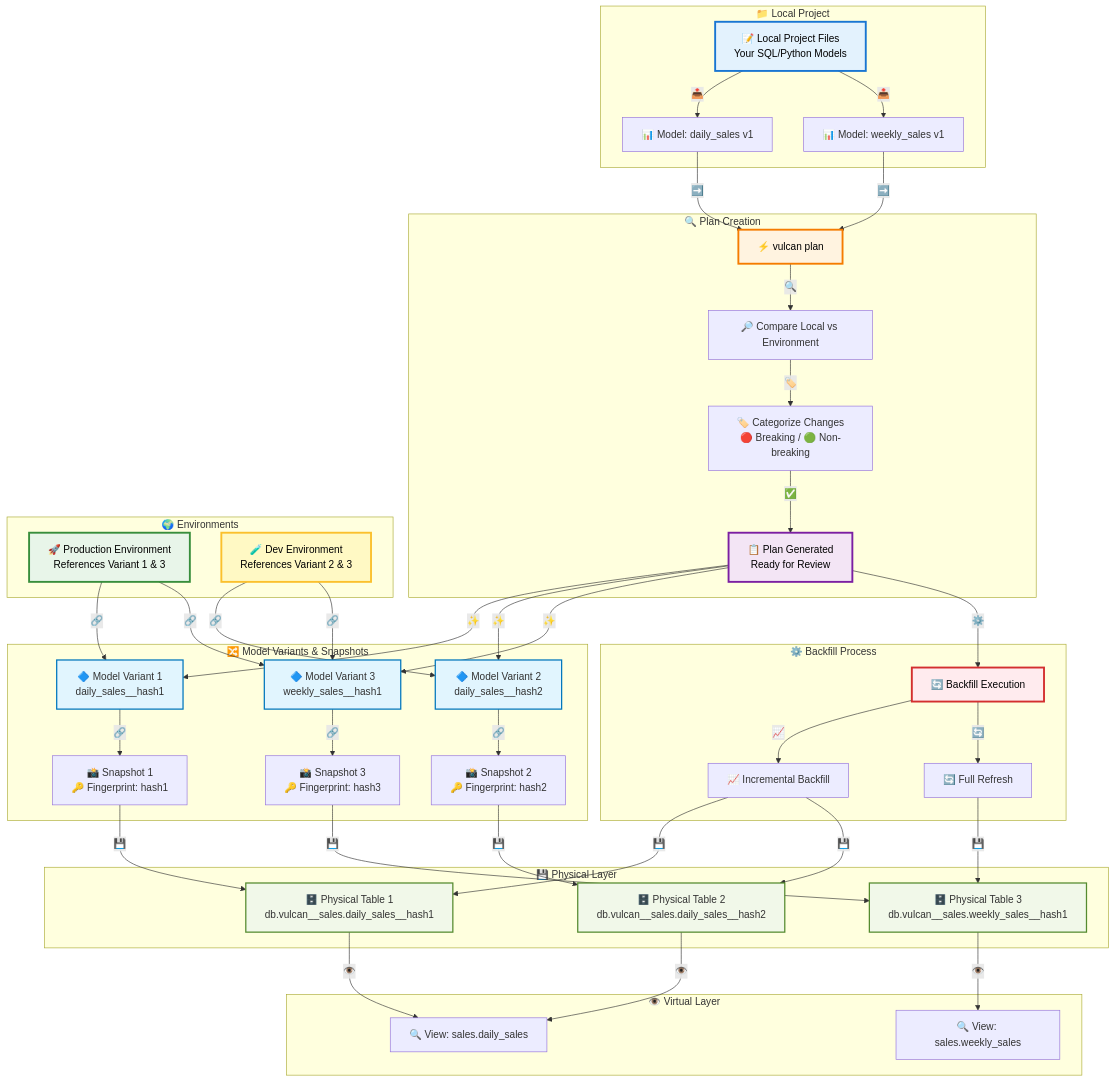
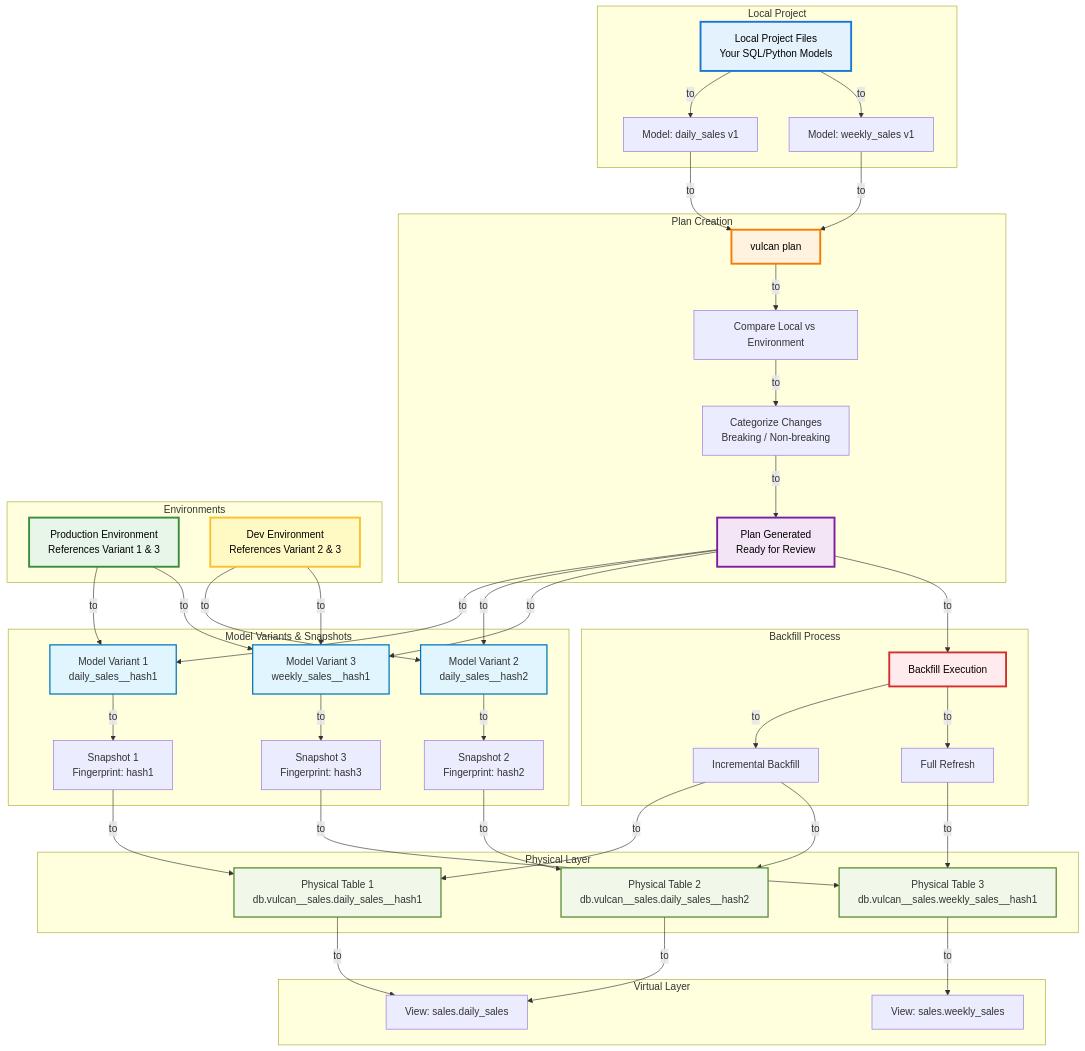
One commit to tmdc-io/vulcan-book changed the diagram in docs/guides/plan.md. Above: the diagram before and after it, drawn with Mermaid. The commit also changed 6 other files, not shown here.

Commit message:
updated mermaid diagrams to remove emojis, commented out the old plan guide o have only the new 2.0 plan guide

````diff
--- a/docs/guides/plan.md
+++ b/docs/guides/plan.md
@@ -9,83 +9,83 @@
 ```mermaid
 graph TB
-    subgraph "📁 Local Project"
-        LP[📝 Local Project Files<br/>Your SQL/Python Models]
-        M1[📊 Model: daily_sales v1]
-        M2[📊 Model: weekly_sales v1]
+    subgraph "Local Project"
+        LP[Local Project Files<br/>Your SQL/Python Models]
+        M1[Model: daily_sales v1]
+        M2[Model: weekly_sales v1]
     end
 
-    subgraph "🔍 Plan Creation"
-        PC[⚡ vulcan plan]
-        COMP[🔎 Compare Local vs Environment]
-        CAT[🏷️ Categorize Changes<br/>🔴 Breaking / 🟢 Non-breaking]
-        PLAN[📋 Plan Generated<br/>Ready for Review]
+    subgraph "Plan Creation"
+        PC[vulcan plan]
+        COMP[Compare Local vs Environment]
+        CAT[Categorize Changes<br/>Breaking / Non-breaking]
+        PLAN[Plan Generated<br/>Ready for Review]
     end
 
-    subgraph "🔀 Model Variants & Snapshots"
-        MV1[🔷 Model Variant 1<br/>daily_sales__hash1]
-        MV2[🔷 Model Variant 2<br/>daily_sales__hash2]
-        MV3[🔷 Model Variant 3<br/>weekly_sales__hash1]
-        SNAP1[📸 Snapshot 1<br/>🔑 Fingerprint: hash1]
-        SNAP2[📸 Snapshot 2<br/>🔑 Fingerprint: hash2]
-        SNAP3[📸 Snapshot 3<br/>🔑 Fingerprint: hash3]
+    subgraph "Model Variants & Snapshots"
+        MV1[Model Variant 1<br/>daily_sales__hash1]
+        MV2[Model Variant 2<br/>daily_sales__hash2]
+        MV3[Model Variant 3<br/>weekly_sales__hash1]
+        SNAP1[Snapshot 1<br/>Fingerprint: hash1]
+        SNAP2[Snapshot 2<br/>Fingerprint: hash2]
+        SNAP3[Snapshot 3<br/>Fingerprint: hash3]
     end
 
-    subgraph "💾 Physical Layer"
-        PT1[🗄️ Physical Table 1<br/>db.vulcan__sales.daily_sales__hash1]
-        PT2[🗄️ Physical Table 2<br/>db.vulcan__sales.daily_sales__hash2]
-        PT3[🗄️ Physical Table 3<br/>db.vulcan__sales.weekly_sales__hash1]
+    subgraph "Physical Layer"
+        PT1[Physical Table 1<br/>db.vulcan__sales.daily_sales__hash1]
+        PT2[Physical Table 2<br/>db.vulcan__sales.daily_sales__hash2]
+        PT3[Physical Table 3<br/>db.vulcan__sales.weekly_sales__hash1]
     end
 
-    subgraph "👁️ Virtual Layer"
-        VL1[🔍 View: sales.daily_sales]
-        VL2[🔍 View: sales.weekly_sales]
+    subgraph "Virtual Layer"
+        VL1[View: sales.daily_sales]
+        VL2[View: sales.weekly_sales]
     end
 
-    subgraph "🌍 Environments"
-        PROD[🚀 Production Environment<br/>References Variant 1 & 3]
-        DEV[🧪 Dev Environment<br/>References Variant 2 & 3]
+    subgraph "Environments"
+        PROD[Production Environment<br/>References Variant 1 & 3]
+        DEV[Dev Environment<br/>References Variant 2 & 3]
     end
 
-    subgraph "⚙️ Backfill Process"
-        BF[🔄 Backfill Execution]
-        INC[📈 Incremental Backfill]
-        FULL[🔄 Full Refresh]
+    subgraph "Backfill Process"
+        BF[Backfill Execution]
+        INC[Incremental Backfill]
+        FULL[Full Refresh]
     end
 
-    LP -->|"📤"| M1
-    LP -->|"📤"| M2
-    M1 -->|"➡️"| PC
-    M2 -->|"➡️"| PC
-    PC -->|"🔍"| COMP
-    COMP -->|"🏷️"| CAT
-    CAT -->|"✅"| PLAN
-    PLAN -->|"✨"| MV1
-    PLAN -->|"✨"| MV2
-    PLAN -->|"✨"| MV3
+    LP -->|"to"| M1
+    LP -->|"to"| M2
+    M1 -->|"to"| PC
+    M2 -->|"to"| PC
+    PC -->|"to"| COMP
+    COMP -->|"to"| CAT
+    CAT -->|"to"| PLAN
+    PLAN -->|"to"| MV1
+    PLAN -->|"to"| MV2
+    PLAN -->|"to"| MV3
     
-    MV1 -->|"🔗"| SNAP1
-    MV2 -->|"🔗"| SNAP2
-    MV3 -->|"🔗"| SNAP3
+    MV1 -->|"to"| SNAP1
+    MV2 -->|"to"| SNAP2
+    MV3 -->|"to"| SNAP3
     
-    SNAP1 -->|"💾"| PT1
-    SNAP2 -->|"💾"| PT2
-    SNAP3 -->|"💾"| PT3
+    SNAP1 -->|"to"| PT1
+    SNAP2 -->|"to"| PT2
+    SNAP3 -->|"to"| PT3
     
-    PT1 -->|"👁️"| VL1
-    PT2 -->|"👁️"| VL1
-    PT3 -->|"👁️"| VL2
+    PT1 -->|"to"| VL1
+    PT2 -->|"to"| VL1
+    PT3 -->|"to"| VL2
     
-    PROD -->|"🔗"| MV1
-    PROD -->|"🔗"| MV3
-    DEV -->|"🔗"| MV2
-    DEV -->|"🔗"| MV3
+    PROD -->|"to"| MV1
+    PROD -->|"to"| MV3
+    DEV -->|"to"| MV2
+    DEV -->|"to"| MV3
     
-    PLAN -->|"⚙️"| BF
-    BF -->|"📈"| INC
-    BF -->|"🔄"| FULL
-    INC -->|"💾"| PT1
-    INC -->|"💾"| PT2
-    FULL -->|"💾"| PT3
+    PLAN -->|"to"| BF
+    BF -->|"to"| INC
+    BF -->|"to"| FULL
+    INC -->|"to"| PT1
+    INC -->|"to"| PT2
+    FULL -->|"to"| PT3
 
     style LP fill:#e3f2fd,stroke:#1976d2,stroke-width:3px,color:#000
     style PC fill:#fff3e0,stroke:#f57c00,stroke-width:3px,color:#000
````
